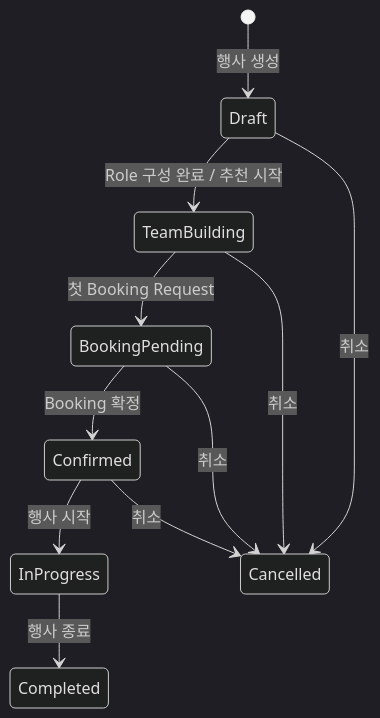
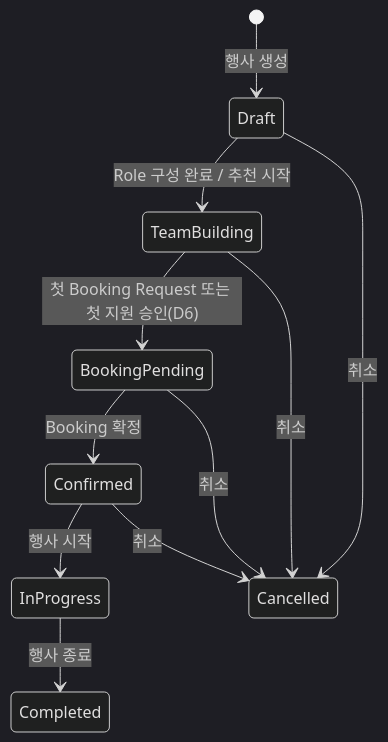
One commit to sincci1994/promoter changed the fourth of 4 diagrams in docs/domain/02-domain-model.md. Above: the diagram before and after it, drawn with Mermaid (dark theme). The commit also changed other lines of this file and 24 other files, not shown here.

First line of the commit message:
공개 모집·지원(D6) 하이브리드 확장 — 도메인·플로우·화면 전면 개정

````diff
--- a/docs/domain/02-domain-model.md
+++ b/docs/domain/02-domain-model.md
@@ -154,13 +160,13 @@
 ```mermaid
 stateDiagram-v2
     [*] --> Draft : 행사 생성
     Draft --> TeamBuilding : Role 구성 완료 / 추천 시작
-    TeamBuilding --> BookingPending : 첫 Booking Request
+    TeamBuilding --> BookingPending : 첫 Booking Request 또는 첫 지원 승인(D6)
     BookingPending --> Confirmed : Booking 확정
     Confirmed --> InProgress : 행사 시작
     InProgress --> Completed : 행사 종료
     Draft --> Cancelled : 취소
     TeamBuilding --> Cancelled : 취소
     BookingPending --> Cancelled : 취소
     Confirmed --> Cancelled : 취소
 ```
````
